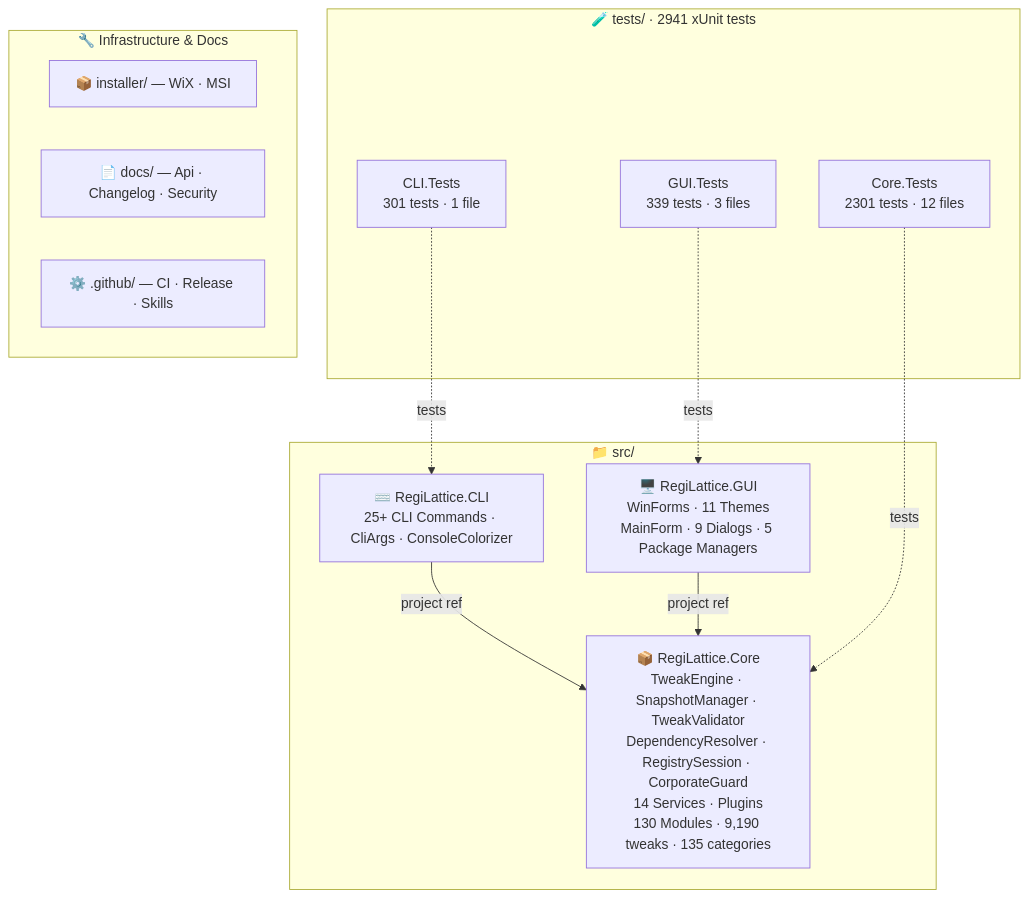
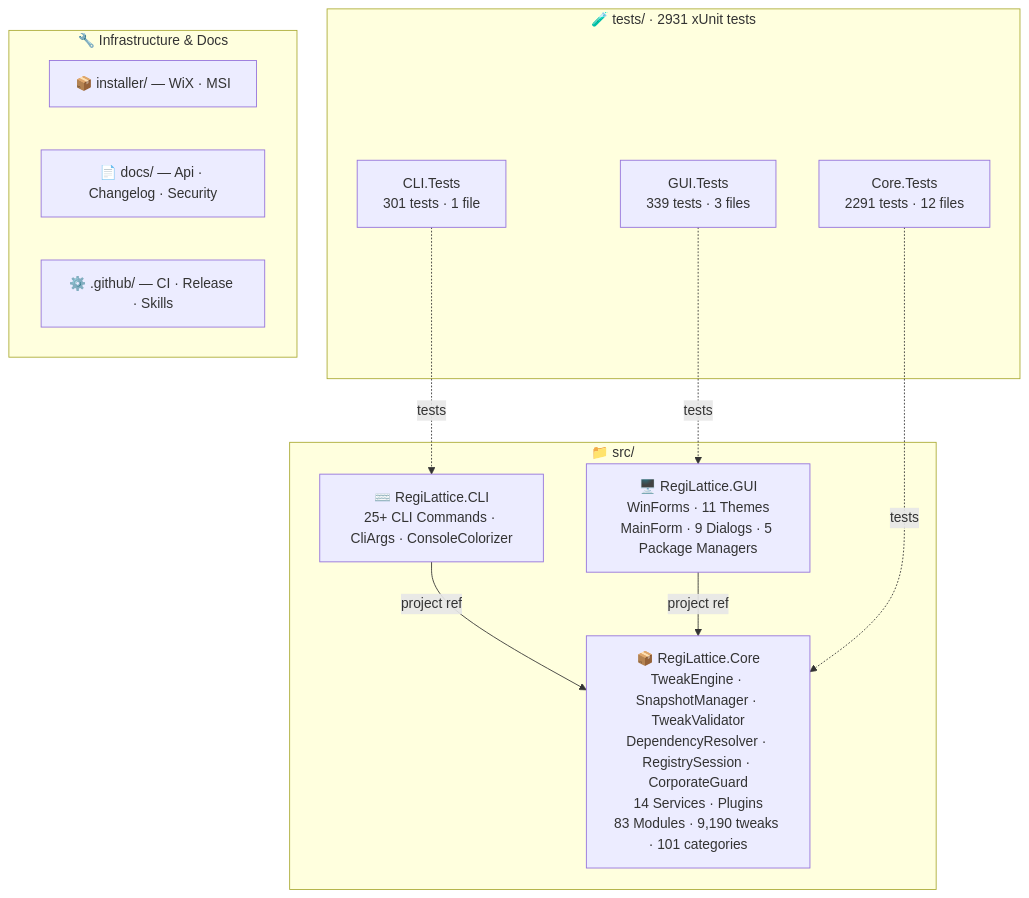
The second of 2 diagrams in README.md (RajwanYair/RegiLattice), drawn with Mermaid before and after one commit. The commit also changed other lines of this file and 10 other files, not shown here.

````diff
--- a/README.md
+++ b/README.md
@@ -255,26 +255,26 @@
 ```mermaid
 graph TD
     subgraph SRC["📁 src/"]
-        CORE["📦 RegiLattice.Core<br/>TweakEngine · SnapshotManager · TweakValidator<br/>DependencyResolver · RegistrySession · CorporateGuard<br/>14 Services · Plugins<br/>130 Modules · 9,190 tweaks · 135 categories"]
+        CORE["📦 RegiLattice.Core<br/>TweakEngine · SnapshotManager · TweakValidator<br/>DependencyResolver · RegistrySession · CorporateGuard<br/>14 Services · Plugins<br/>83 Modules · 9,190 tweaks · 101 categories"]
         GUI["🖥️ RegiLattice.GUI<br/>WinForms · 11 Themes<br/>MainForm · 9 Dialogs · 5 Package Managers"]
         CLI["⌨️ RegiLattice.CLI<br/>25+ CLI Commands · CliArgs · ConsoleColorizer"]
     end
 
-    subgraph TST["🧪 tests/  ·  2941 xUnit tests"]
-        CT["Core.Tests<br/>2301 tests · 12 files"]
+    subgraph TST["🧪 tests/  ·  2931 xUnit tests"]
+        CT["Core.Tests<br/>2291 tests · 12 files"]
         CLT["CLI.Tests<br/>301 tests · 1 file"]
         GT["GUI.Tests<br/>339 tests · 3 files"]
     end
 
     subgraph INFRA["🔧 Infrastructure & Docs"]
         INST["📦 installer/ — WiX · MSI"]
         DOCS["📄 docs/ — Api · Changelog · Security"]
         GH["⚙️ .github/ — CI · Release · Skills"]
     end
 
     CLI -->|project ref| CORE
     GUI -->|project ref| CORE
     CT -.->|tests| CORE
     CLT -.->|tests| CLI
     GT -.->|tests| GUI
 ```
````
